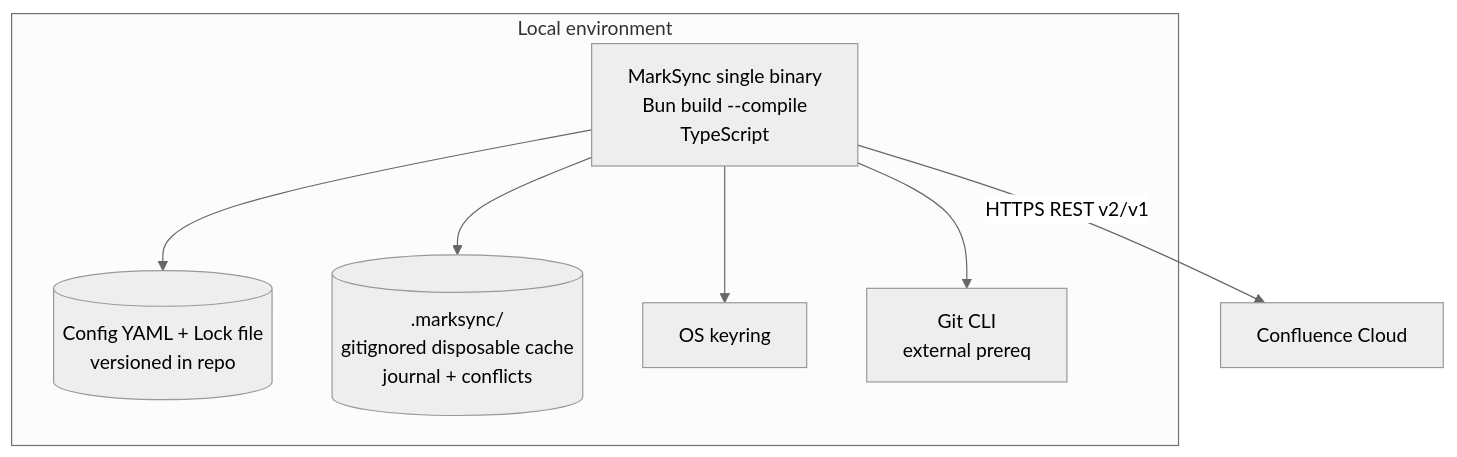
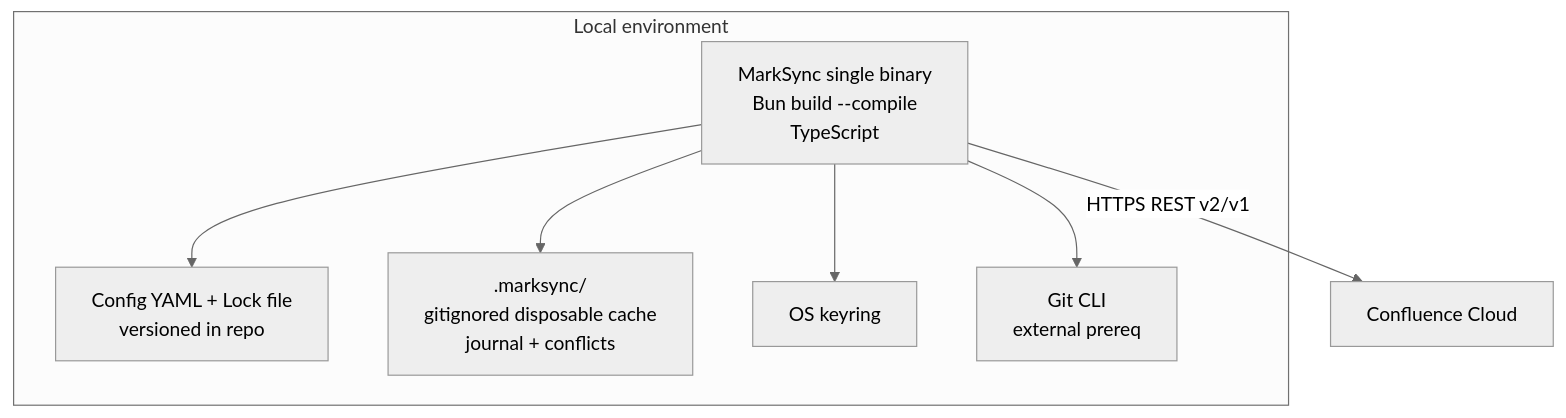
One commit to juliusz-cwiakalski/marksync changed the second of 4 diagrams in doc/overview/architecture-overview.md. Above: the diagram before and after it, drawn with Mermaid (neutral theme). The commit also changed other lines of this file and 27 other files, not shown here.

````diff
--- a/doc/overview/architecture-overview.md
+++ b/doc/overview/architecture-overview.md
@@ -50,10 +50,10 @@
 ```mermaid
 flowchart TB
   subgraph Local[Local environment]
-    Bin[MarkSync single binary\nBun build --compile\nTypeScript] --> FS[(Config YAML + Lock file\nversioned in repo)]
-    Bin --> Cache[(.marksync/\ngitignored disposable cache\njournal + conflicts)]
+    Bin["MarkSync single binary<br/>Bun build --compile<br/>TypeScript"] --> FS["Config YAML + Lock file<br/>versioned in repo"]
+    Bin --> Cache[".marksync/<br/>gitignored disposable cache<br/>journal + conflicts"]
     Bin --> Key[OS keyring]
-    Bin --> GitCLI[Git CLI\nexternal prereq]
+    Bin --> GitCLI["Git CLI<br/>external prereq"]
   end
   Bin -->|HTTPS REST v2/v1| Conf[Confluence Cloud]
 ```
````
